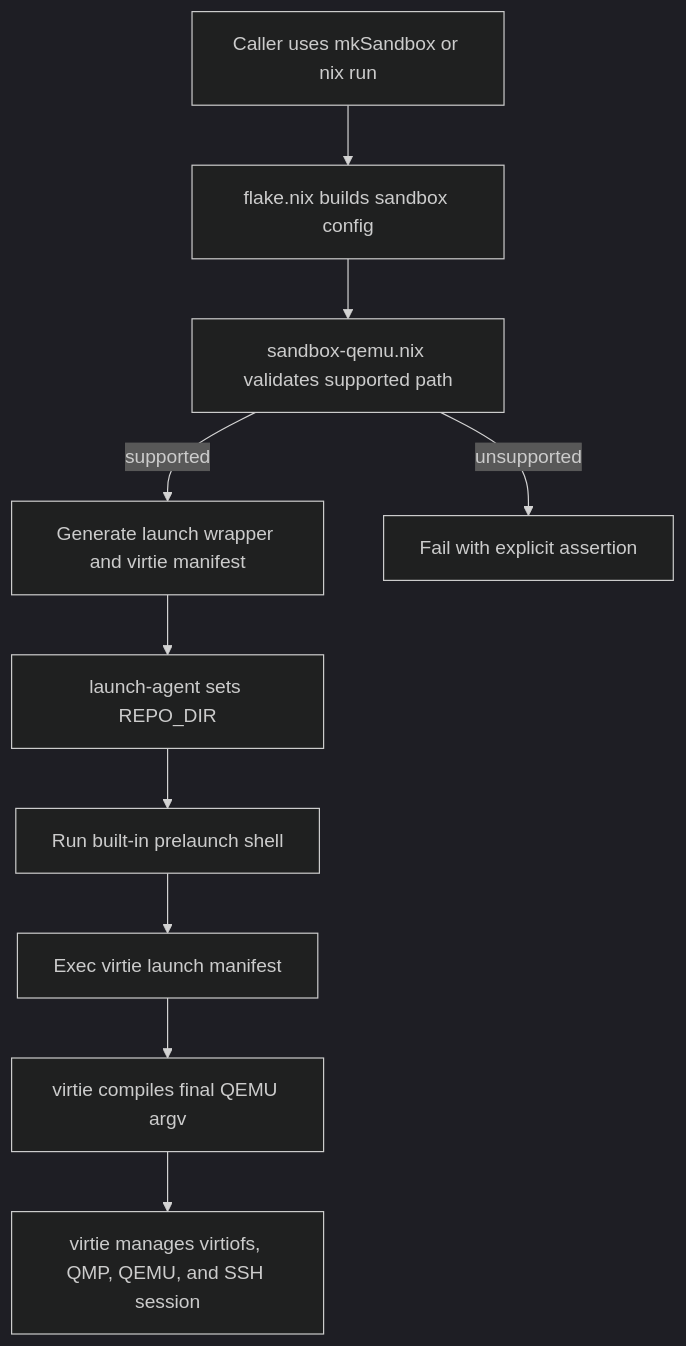
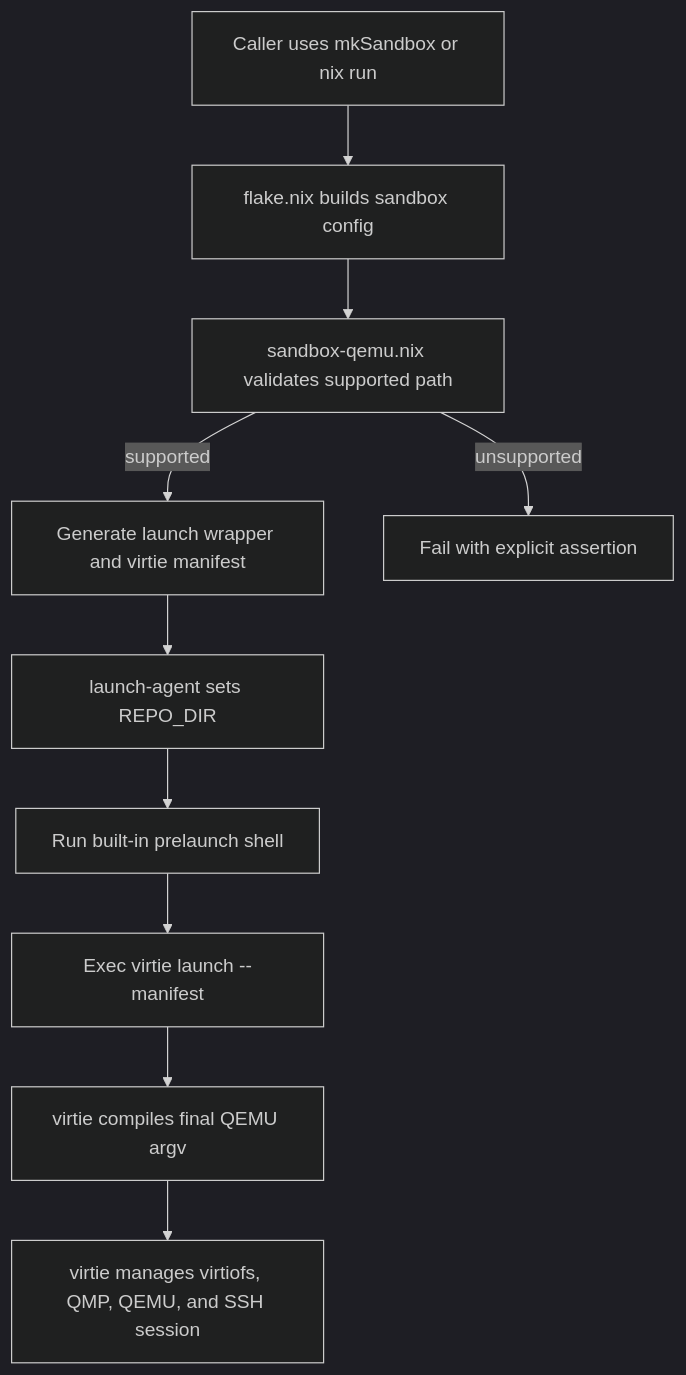
One commit to shazow/agentspace changed the diagram in .specs/agentspace.md. Above: the diagram before and after it, drawn with Mermaid (dark theme). The commit also changed other lines of this file and 16 other files, not shown here.

````diff
--- a/.specs/agentspace.md
+++ b/.specs/agentspace.md
@@ -72,12 +72,12 @@
 ```mermaid
 flowchart TD
   A[Caller uses mkSandbox or nix run] --> B[flake.nix builds sandbox config]
   B --> C[sandbox-qemu.nix validates supported path]
   C -->|supported| D[Generate launch wrapper and virtie manifest]
   C -->|unsupported| E[Fail with explicit assertion]
   D --> F[launch-agent sets REPO_DIR]
   F --> G[Run built-in prelaunch shell]
-  G --> H[Exec virtie launch manifest]
+  G --> H[Exec virtie launch --manifest]
   H --> I[virtie compiles final QEMU argv]
   I --> J[virtie manages virtiofs, QMP, QEMU, and SSH session]
 ```
````
